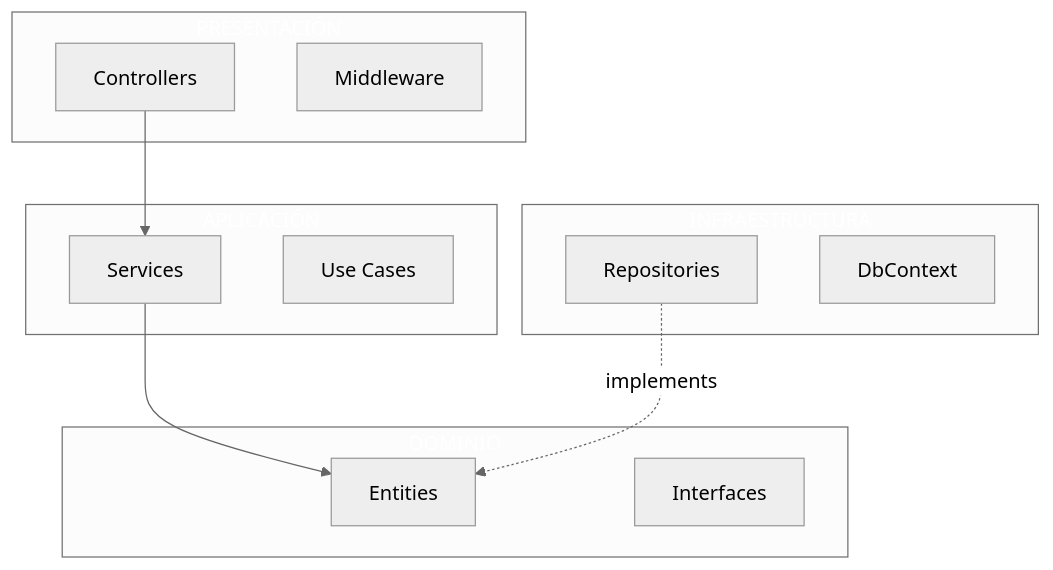
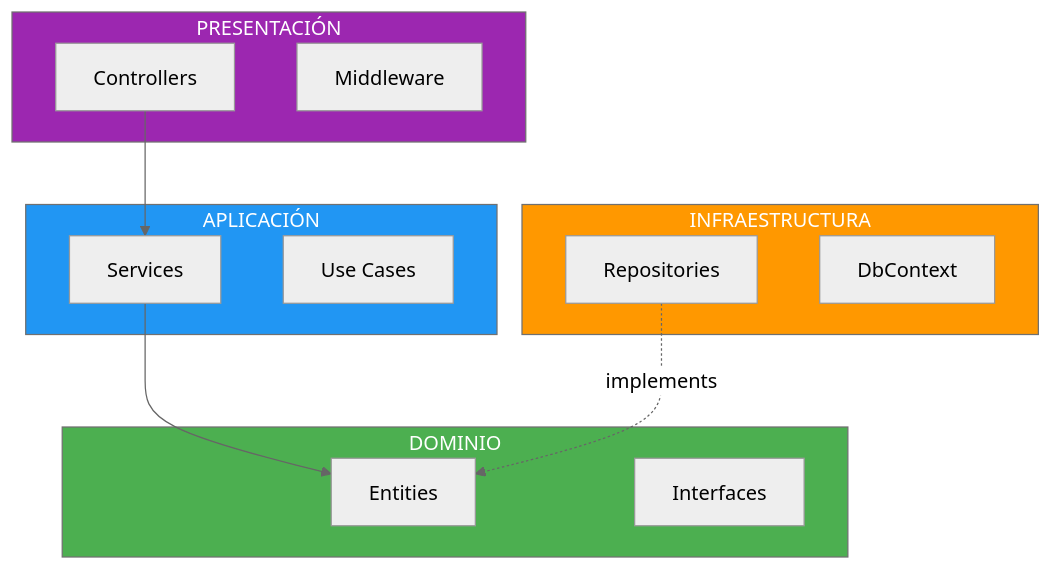
One commit to joseluisgs/DesarrolloWebEntornosServidor-02-2026-2027 changed the second of 8 diagrams in 11-clean-architecture.md. Above: the diagram before and after it, drawn with Mermaid (neutral theme). The commit also changed other lines of this file and 29 other files, not shown here.

Commit message:
docs: corregir estilos Mermaid y estilo, quitar referencias a la Tienda y reestructurar los retos 13 y 15

````diff
--- a/11-clean-architecture.md
+++ b/11-clean-architecture.md
@@ -110,31 +110,31 @@
 ```mermaid
 flowchart TB
     subgraph PRESENTACIÓN
         P1["Controllers"]
         P2["Middleware"]
     end
 
     subgraph APLICACIÓN
         A1["Services"]
         A2["Use Cases"]
     end
 
     subgraph DOMINIO
         D1["Entities"]
         D2["Interfaces"]
     end
 
     subgraph INFRAESTRUCTURA
         I1["Repositories"]
         I2["DbContext"]
     end
 
     P1 --> A1
     A1 --> D1
     I1 -.implements.-> D1
 
-    style PRESENTACIÓN fill:#9C27B,color:#fff0,color:#fff
-    style APLICACIÓN fill:#2196F,color:#fff3,color:#fff
-    style DOMINIO fill:#4CAF5,color:#fff0,color:#fff
-    style INFRAESTRUCTURA fill:#FF980,color:#fff0,color:#fff
+    style PRESENTACIÓN fill:#9C27B0,color:#fff
+    style APLICACIÓN fill:#2196F3,color:#fff
+    style DOMINIO fill:#4CAF50,color:#fff
+    style INFRAESTRUCTURA fill:#FF9800,color:#fff
 ```
````
